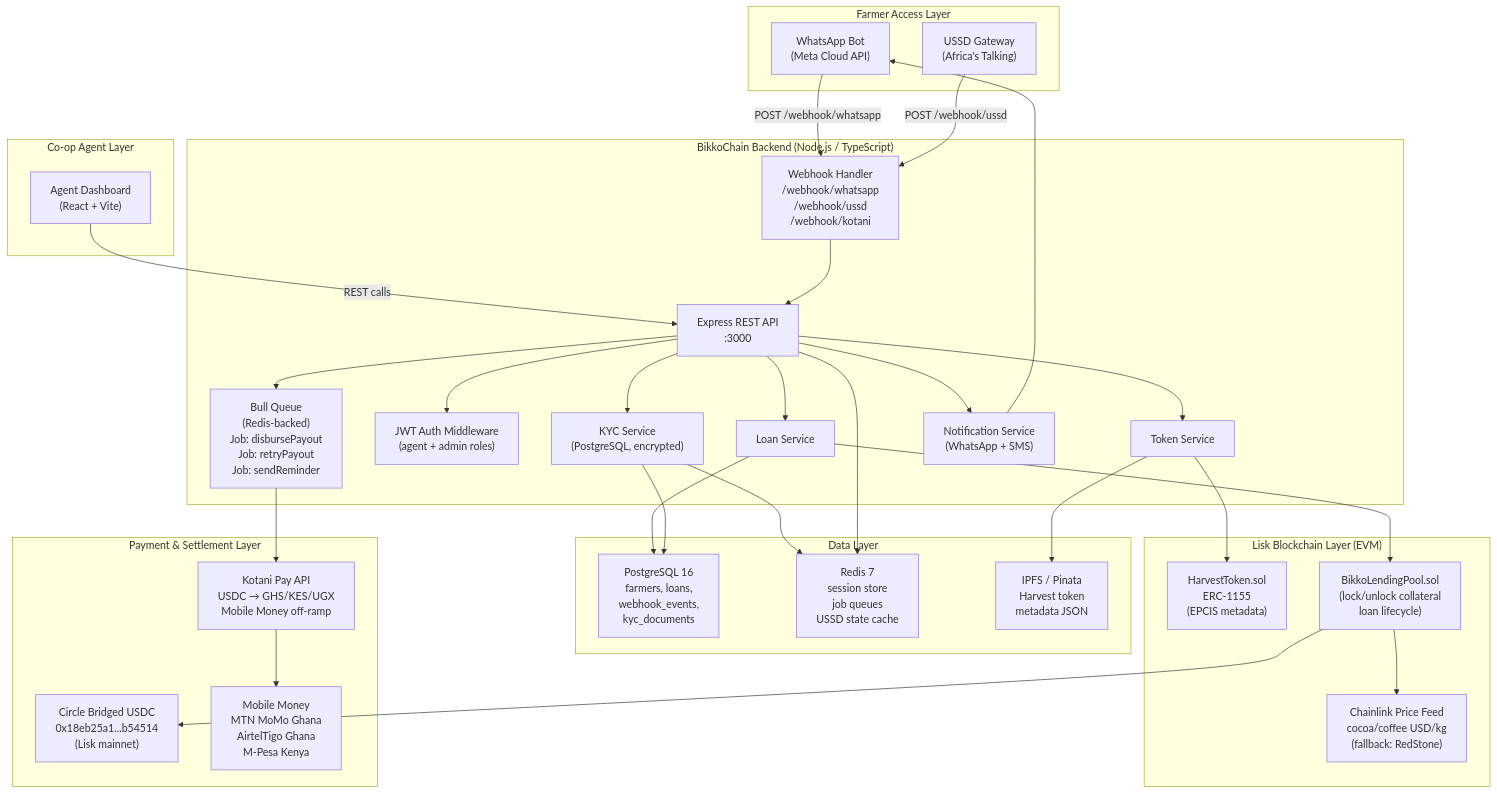
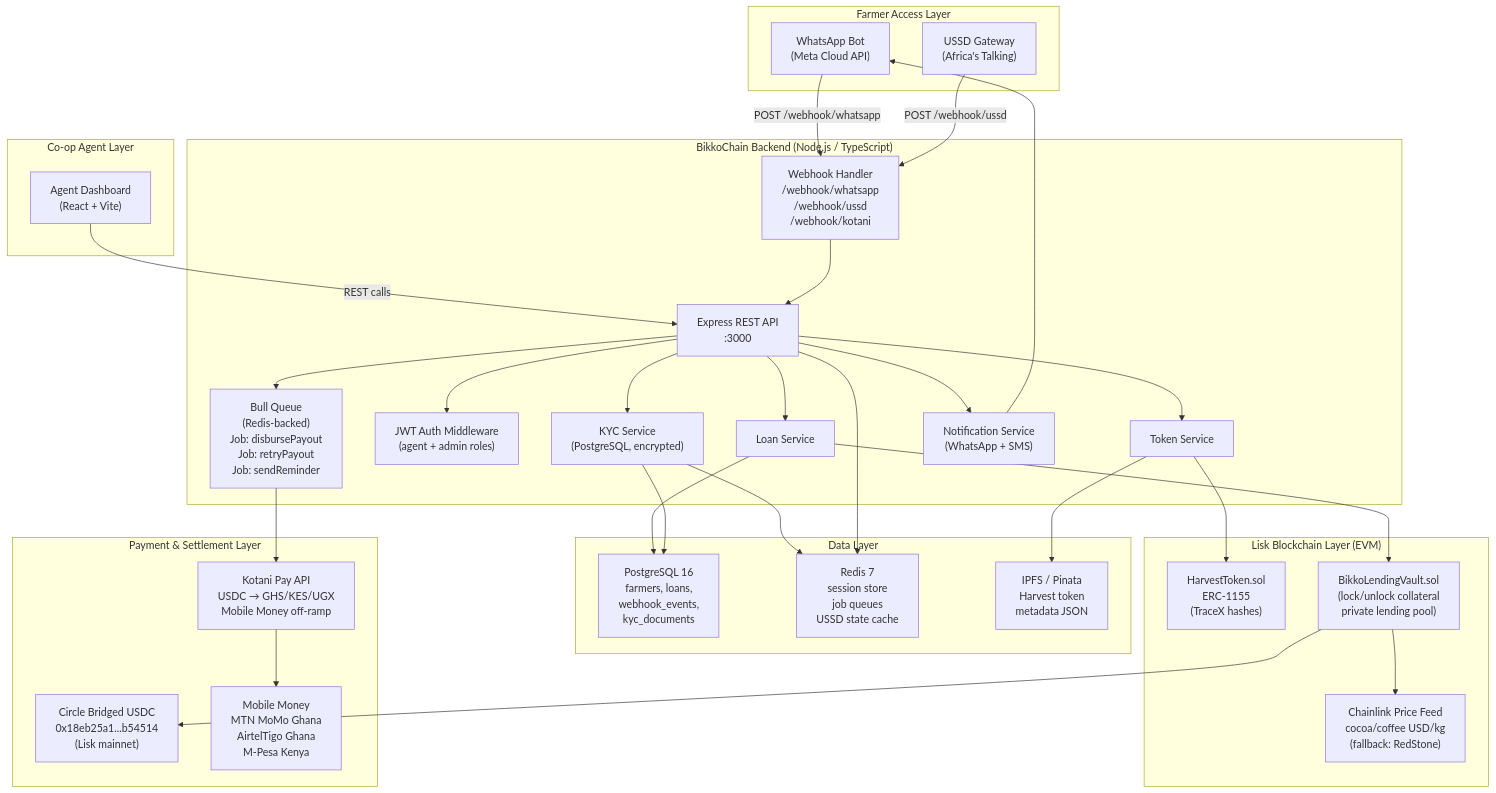
The first of 10 diagrams in doc.md (BikkoFarms/bikkofarms-platform), drawn with Mermaid before and after one commit. The commit also changed other lines of this file and 16 other files, not shown here.

````diff
--- a/doc.md
+++ b/doc.md
@@ -20,63 +20,63 @@
 ```mermaid
 graph TB
     subgraph FARMER["Farmer Access Layer"]
         WA["WhatsApp Bot\n(Meta Cloud API)"]
         USSD["USSD Gateway\n(Africa's Talking)"]
     end
 
     subgraph AGENT["Co-op Agent Layer"]
         DASH["Agent Dashboard\n(React + Vite)"]
     end
 
     subgraph BACKEND["BikkoChain Backend (Node.js / TypeScript)"]
         API["Express REST API\n:3000"]
         WH["Webhook Handler\n/webhook/whatsapp\n/webhook/ussd\n/webhook/kotani"]
         Q["Bull Queue\n(Redis-backed)\nJob: disbursePayout\nJob: retryPayout\nJob: sendReminder"]
         AUTH["JWT Auth Middleware\n(agent + admin roles)"]
         KYC["KYC Service\n(PostgreSQL, encrypted)"]
         LOAN["Loan Service"]
         TOKEN["Token Service"]
         NOTIFY["Notification Service\n(WhatsApp + SMS)"]
     end
 
     subgraph DB["Data Layer"]
         PG["PostgreSQL 16\nfarmers, loans,\nwebhook_events,\nkyc_documents"]
         REDIS["Redis 7\nsession store\njob queues\nUSSD state cache"]
         IPFS["IPFS / Pinata\nHarvest token\nmetadata JSON"]
     end
 
     subgraph CHAIN["Lisk Blockchain Layer (EVM)"]
-        HT["HarvestToken.sol\nERC-1155\n(EPCIS metadata)"]
-        LP["BikkoLendingPool.sol\n(lock/unlock collateral\nloan lifecycle)"]
+        HT["HarvestToken.sol\nERC-1155\n(TraceX hashes)"]
+        LV["BikkoLendingVault.sol\n(lock/unlock collateral\nprivate lending pool)"]
         ORC["Chainlink Price Feed\ncocoa/coffee USD/kg\n(fallback: RedStone)"]
     end
 
     subgraph PAY["Payment & Settlement Layer"]
         KP["Kotani Pay API\nUSDC → GHS/KES/UGX\nMobile Money off-ramp"]
         USDC["Circle Bridged USDC\n0x18eb25a1...b54514\n(Lisk mainnet)"]
         MM["Mobile Money\nMTN MoMo Ghana\nAirtelTigo Ghana\nM-Pesa Kenya"]
     end
 
     WA -->|POST /webhook/whatsapp| WH
     USSD -->|POST /webhook/ussd| WH
     DASH -->|REST calls| API
     WH --> API
     API --> AUTH
     API --> KYC
     API --> LOAN
     API --> TOKEN
     API --> NOTIFY
     API --> Q
     LOAN --> PG
     KYC --> PG
     KYC --> REDIS
     NOTIFY --> WA
     Q --> KP
     TOKEN --> IPFS
     TOKEN --> HT
-    LOAN --> LP
-    LP --> ORC
-    LP --> USDC
+    LOAN --> LV
+    LV --> ORC
+    LV --> USDC
     KP --> MM
     API --> REDIS
 ```
````
